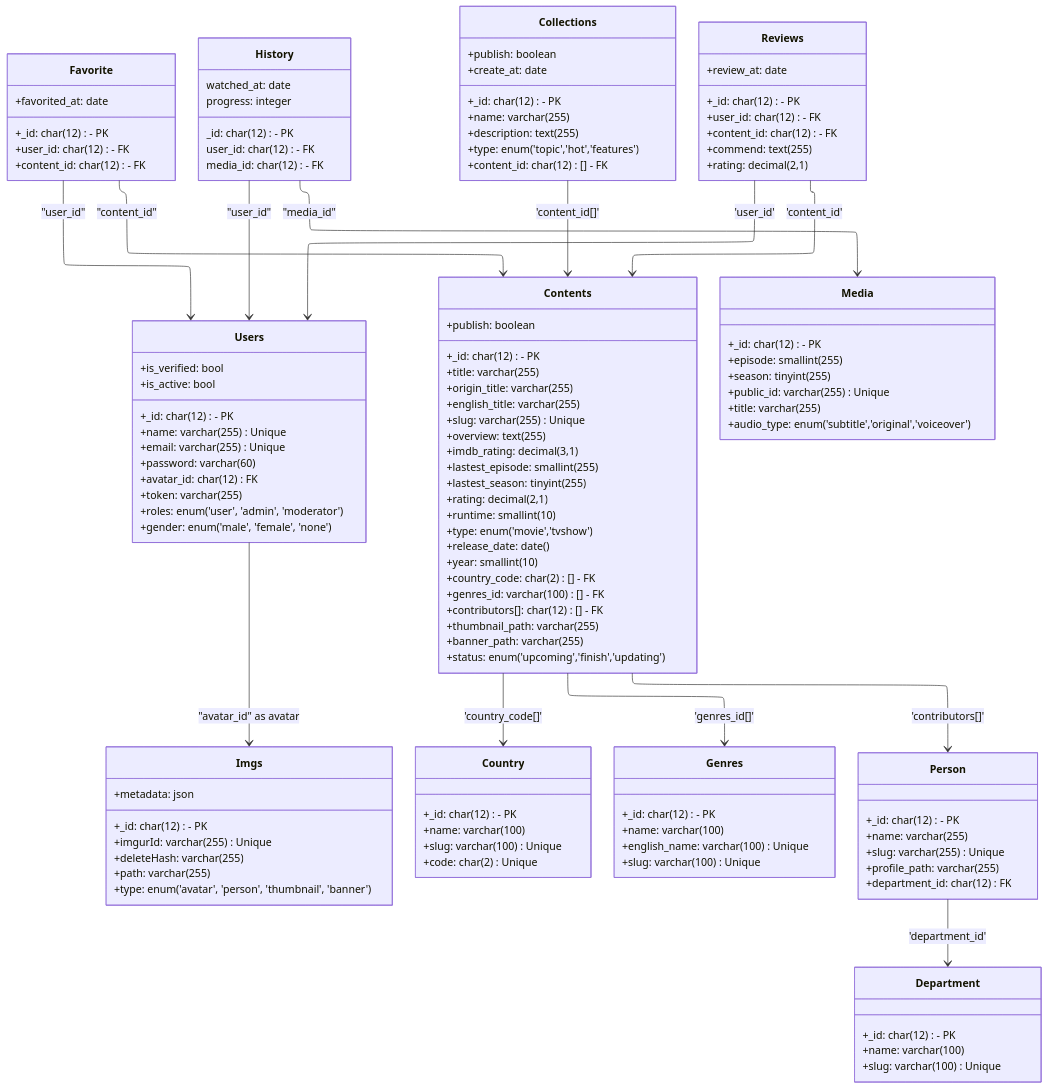
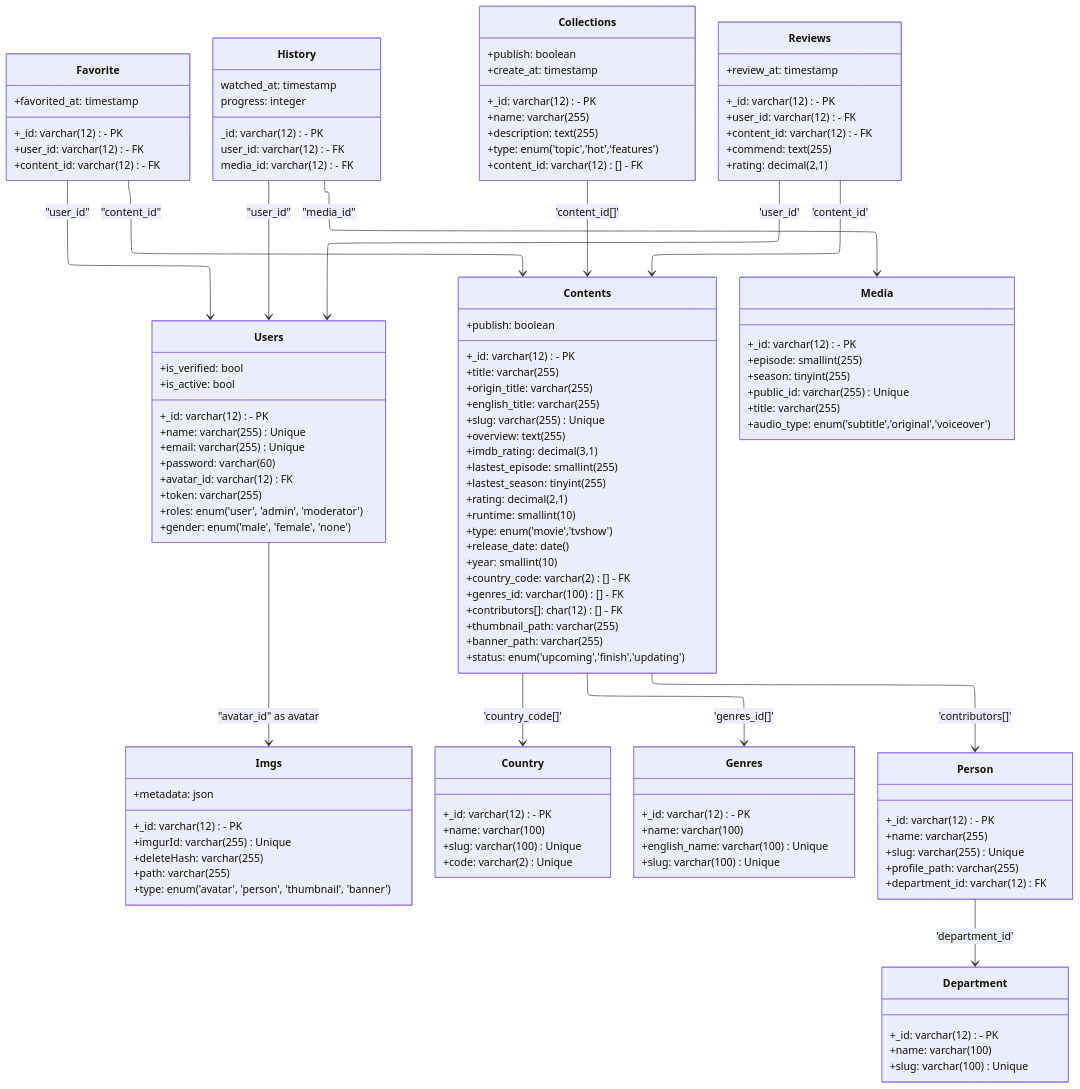
One commit to yudswin/nettubebe changed the first of 2 diagrams in SCHEMA.md. Above: the diagram before and after it, drawn with Mermaid. The commit also changed other lines of this file, not shown here.

```diff
--- a/SCHEMA.md
+++ b/SCHEMA.md
@@ -22,11 +22,11 @@
 ---
 classDiagram
     class Users {
-        +_id: char(12) - PK
+        +_id: varchar(12) - PK
         +name: varchar(255) Unique
         +email: varchar(255) Unique
         +password: varchar(60)
-        +avatar_id: char(12) FK
+        +avatar_id: varchar(12) FK
         +token: varchar(255)
         +roles: enum('user', 'admin', 'moderator')
         +gender: enum('male', 'female', 'none')
@@ -36,26 +36,26 @@
     Users --> Imgs : "avatar_id" as avatar
 
     class Favorite {
-        +_id: char(12) - PK
-        +user_id: char(12) - FK
-        +content_id: char(12) - FK
-        +favorited_at: date
+        +_id: varchar(12) - PK
+        +user_id: varchar(12) - FK
+        +content_id: varchar(12) - FK
+        +favorited_at: timestamp
     }
     Favorite --> Users : "user_id"
     Favorite --> Contents : "content_id"
 
     class History {
-        _id: char(12) - PK
-        user_id: char(12) - FK
-        media_id: char(12) - FK
-        watched_at: date
+        _id: varchar(12) - PK
+        user_id: varchar(12) - FK
+        media_id: varchar(12) - FK
+        watched_at: timestamp
         progress: integer
     }
     History --> Users : "user_id"
     History --> Media : "media_id"
 
     class Imgs {
-        +_id: char(12) - PK
+        +_id: varchar(12) - PK
         +imgurId: varchar(255) Unique
         +deleteHash: varchar(255)
         +path: varchar(255)
@@ -64,7 +64,7 @@
     }
 
     class Media {
-        +_id: char(12) - PK
+        +_id: varchar(12) - PK
         +episode: smallint(255)
         +season: tinyint(255)
         +public_id: varchar(255) Unique
@@ -73,7 +73,7 @@
     }
 
     class Contents {
-        +_id: char(12) - PK
+        +_id: varchar(12) - PK
         +title: varchar(255)
         +origin_title: varchar(255)
         +english_title: varchar(255)
@@ -87,7 +87,7 @@
         +type: enum('movie','tvshow')
         +release_date: date()
         +year: smallint(10)
-        +country_code: char(2)[] - FK
+        +country_code: varchar(2)[] - FK
         +genres_id: varchar(100)[] - FK
         +contributors[]: char(12)[] - FK
         +publish: boolean
@@ -100,52 +100,52 @@
     Contents --> Person : 'contributors[]'
 
     class Genres {
-        +_id: char(12) - PK
+        +_id: varchar(12) - PK
         +name: varchar(100)
         +english_name: varchar(100) Unique
         +slug: varchar(100) Unique
     }
 
     class Country {
-        +_id: char(12) - PK
+        +_id: varchar(12) - PK
         +name: varchar(100)
         +slug: varchar(100) Unique
-        +code: char(2) Unique
+        +code: varchar(2) Unique
     }
 
     class Person {
-        +_id: char(12) - PK
+        +_id: varchar(12) - PK
         +name: varchar(255)
         +slug: varchar(255) Unique
         +profile_path: varchar(255)
-        +department_id: char(12) FK
+        +department_id: varchar(12) FK
     }
     Person --> Department: 'department_id'
 
     class Department {
-        +_id: char(12) - PK
+        +_id: varchar(12) - PK
         +name: varchar(100)
         +slug: varchar(100) Unique
     }
 
     class Collections {
-        +_id: char(12) - PK
+        +_id: varchar(12) - PK
         +name: varchar(255)
         +description: text(255)
         +type: enum('topic','hot','features')
-        +content_id: char(12)[] - FK
+        +content_id: varchar(12)[] - FK
         +publish: boolean
-        +create_at: date
+        +create_at: timestamp
     }
     Collections --> Contents: 'content_id[]'
 
     class Reviews {
-        +_id: char(12) - PK
-        +user_id: char(12) - FK
-        +content_id: char(12) - FK
+        +_id: varchar(12) - PK
+        +user_id: varchar(12) - FK
+        +content_id: varchar(12) - FK
         +commend: text(255)
         +rating: decimal(2,1)
-        +review_at: date
+        +review_at: timestamp
     }
     Reviews --> Users: 'user_id'
     Reviews --> Contents: 'content_id'
```
